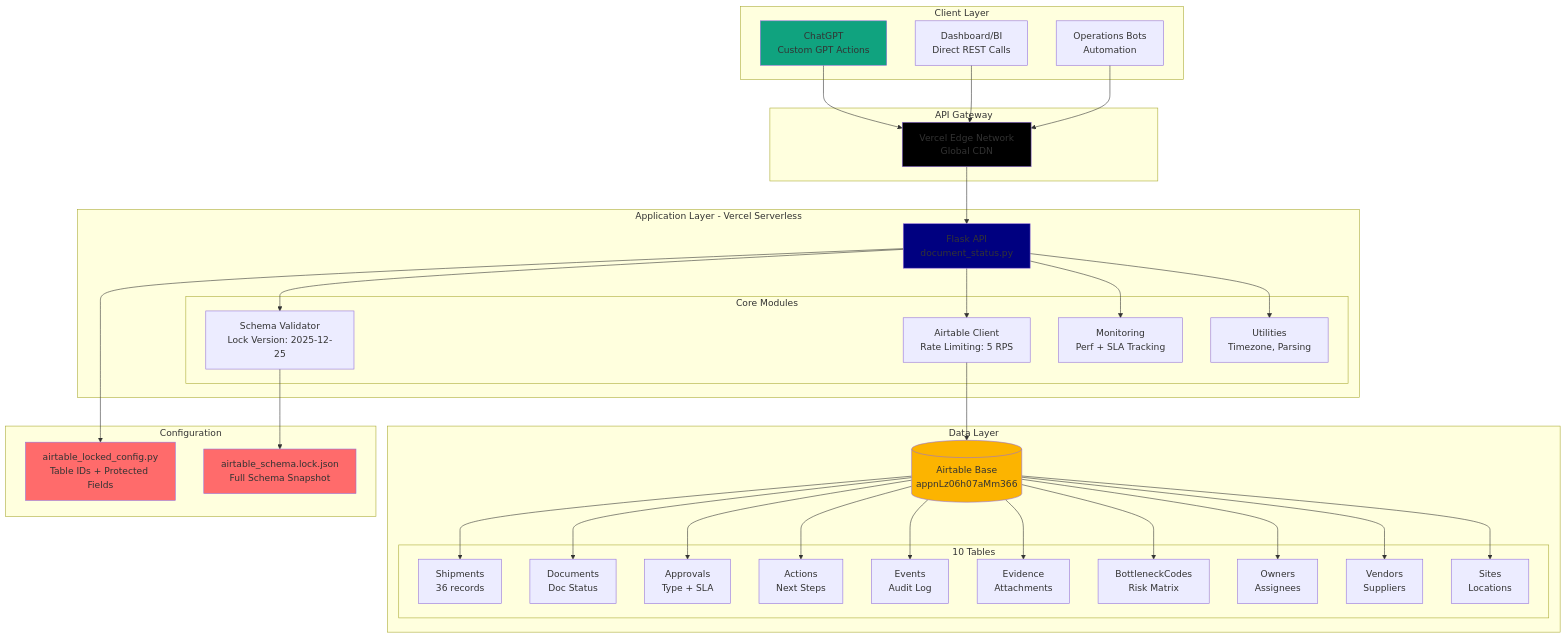
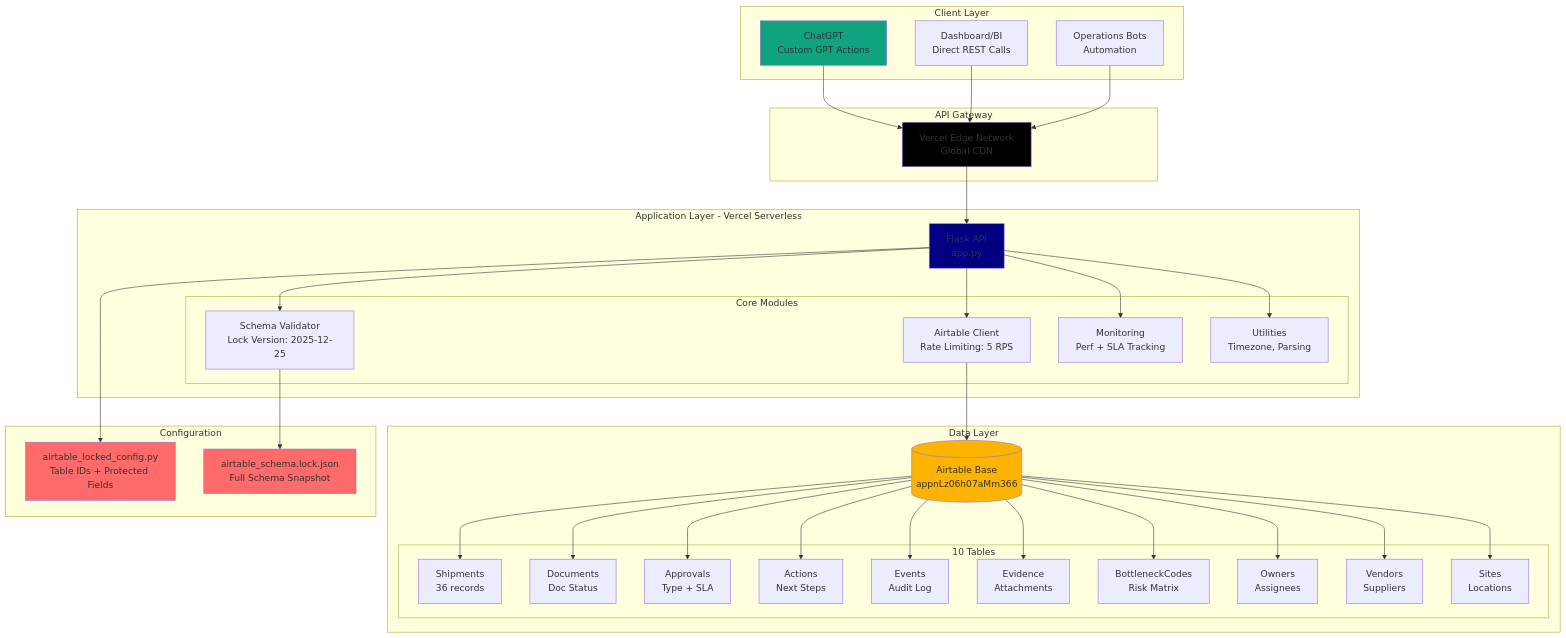
One commit to macho715/GETS-Logistics-API changed the first of 10 diagrams in ARCHITECTURE.md. Above: the diagram before and after it, drawn with Mermaid. The commit also changed other lines of this file and 51 other files, not shown here.

````diff
--- a/ARCHITECTURE.md
+++ b/ARCHITECTURE.md
@@ -31,76 +31,76 @@
 ```mermaid
 graph TB
     subgraph "Client Layer"
         GPT[ChatGPT<br/>Custom GPT Actions]
         DASH[Dashboard/BI<br/>Direct REST Calls]
         OPS[Operations Bots<br/>Automation]
     end
 
     subgraph "API Gateway"
         VERCEL[Vercel Edge Network<br/>Global CDN]
     end
 
     subgraph "Application Layer - Vercel Serverless"
-        FLASK[Flask API<br/>document_status.py]
+        FLASK[Flask API<br/>app.py]
 
         subgraph "Core Modules"
             AIRTABLE_CLIENT[Airtable Client<br/>Rate Limiting: 5 RPS]
             SCHEMA_VAL[Schema Validator<br/>Lock Version: 2025-12-25]
             MONITOR[Monitoring<br/>Perf + SLA Tracking]
             UTILS[Utilities<br/>Timezone, Parsing]
         end
 
         FLASK --> AIRTABLE_CLIENT
         FLASK --> SCHEMA_VAL
         FLASK --> MONITOR
         FLASK --> UTILS
     end
 
     subgraph "Data Layer"
         AIRTABLE[(Airtable Base<br/>appnLz06h07aMm366)]
 
         subgraph "10 Tables"
             SHIPMENTS[Shipments<br/>36 records]
             DOCUMENTS[Documents<br/>Doc Status]
             APPROVALS[Approvals<br/>Type + SLA]
             ACTIONS[Actions<br/>Next Steps]
             EVENTS[Events<br/>Audit Log]
             EVIDENCE[Evidence<br/>Attachments]
             BOTTLENECK[BottleneckCodes<br/>Risk Matrix]
             OWNERS[Owners<br/>Assignees]
             VENDORS[Vendors<br/>Suppliers]
             SITES[Sites<br/>Locations]
         end
 
         AIRTABLE --> SHIPMENTS
         AIRTABLE --> DOCUMENTS
         AIRTABLE --> APPROVALS
         AIRTABLE --> ACTIONS
         AIRTABLE --> EVENTS
         AIRTABLE --> EVIDENCE
         AIRTABLE --> BOTTLENECK
         AIRTABLE --> OWNERS
         AIRTABLE --> VENDORS
         AIRTABLE --> SITES
     end
 
     subgraph "Configuration"
         LOCK_CONFIG[airtable_locked_config.py<br/>Table IDs + Protected Fields]
         LOCK_SCHEMA[airtable_schema.lock.json<br/>Full Schema Snapshot]
     end
 
     GPT --> VERCEL
     DASH --> VERCEL
     OPS --> VERCEL
     VERCEL --> FLASK
     AIRTABLE_CLIENT --> AIRTABLE
     SCHEMA_VAL --> LOCK_SCHEMA
     FLASK --> LOCK_CONFIG
 
     style GPT fill:#10a37f
     style VERCEL fill:#000
     style FLASK fill:#000080
     style AIRTABLE fill:#fcb400
     style LOCK_CONFIG fill:#ff6b6b
     style LOCK_SCHEMA fill:#ff6b6b
 ```
````
